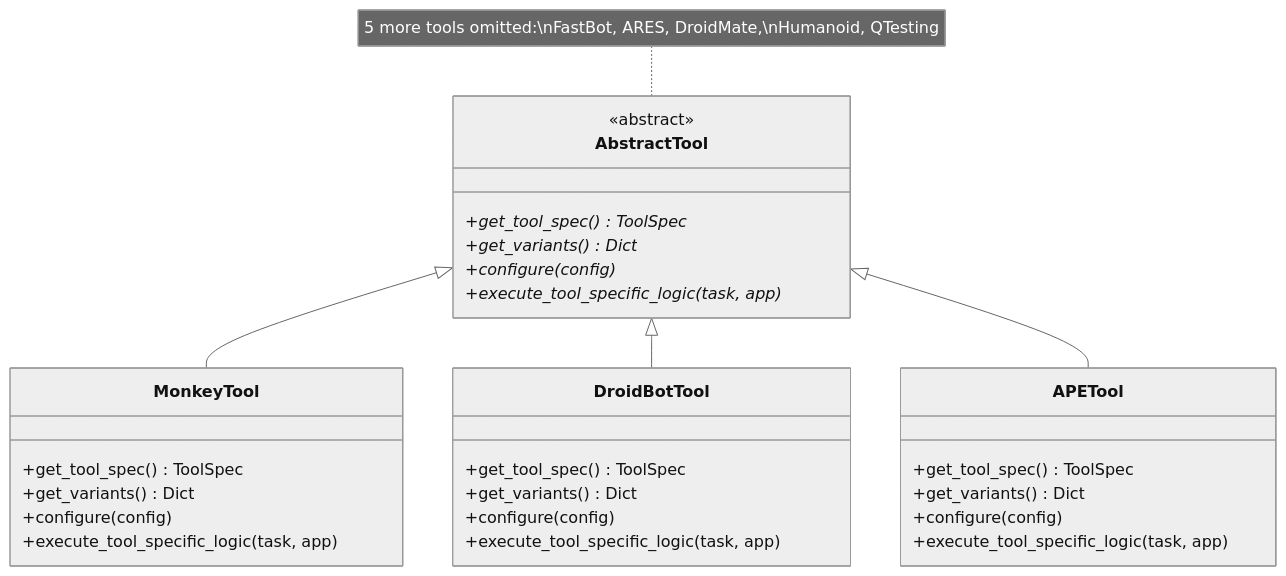
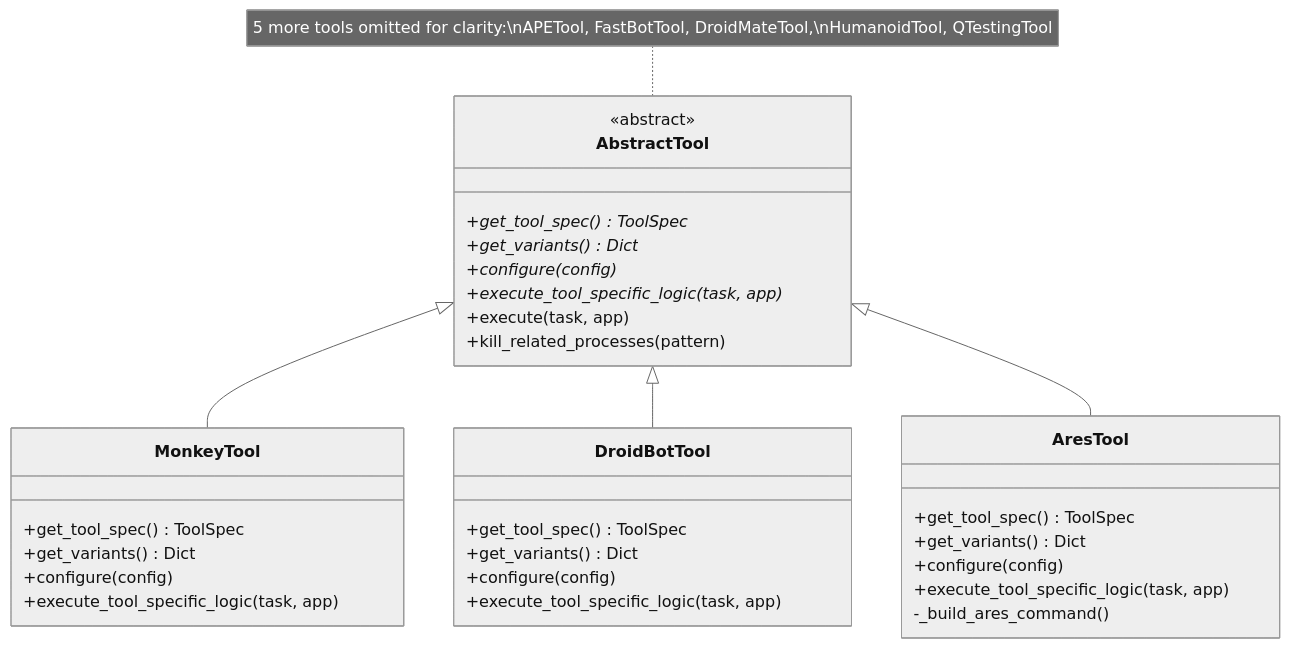
Before and after one commit to PAMunb/rvsec: the sixth of 6 diagrams in rv-android/modules/rv-tools/docs/architecture.md, drawn with Mermaid. The commit also changed other lines of this file and 17 other files, not shown here.

First line of the commit message:
docs(tg5): architecture docs for all 13 modules + aperv spec rewrite + script updates (refs #48)

````diff
--- a/rv-android/modules/rv-tools/docs/architecture.md
+++ b/rv-android/modules/rv-tools/docs/architecture.md
@@ -428,37 +474,40 @@
 ```mermaid
 %%{init: {'theme': 'neutral'}}%%
 classDiagram
     class AbstractTool {
         <<abstract>>
         +get_tool_spec()* ToolSpec
         +get_variants()* Dict
         +configure(config)*
         +execute_tool_specific_logic(task, app)*
+        +execute(task, app)
+        +kill_related_processes(pattern)
     }
 
     class MonkeyTool {
         +get_tool_spec() ToolSpec
         +get_variants() Dict
         +configure(config)
         +execute_tool_specific_logic(task, app)
     }
 
     class DroidBotTool {
         +get_tool_spec() ToolSpec
         +get_variants() Dict
         +configure(config)
         +execute_tool_specific_logic(task, app)
     }
 
-    class APETool {
+    class AresTool {
         +get_tool_spec() ToolSpec
         +get_variants() Dict
         +configure(config)
         +execute_tool_specific_logic(task, app)
+        -_build_ares_command()
     }
 
     AbstractTool <|-- MonkeyTool
     AbstractTool <|-- DroidBotTool
-    AbstractTool <|-- APETool
-    note for AbstractTool "5 more tools omitted:\nFastBot, ARES, DroidMate,\nHumanoid, QTesting"
+    AbstractTool <|-- AresTool
+    note for AbstractTool "5 more tools omitted for clarity:\nAPETool, FastBotTool, DroidMateTool,\nHumanoidTool, QTestingTool"
 ```
````
